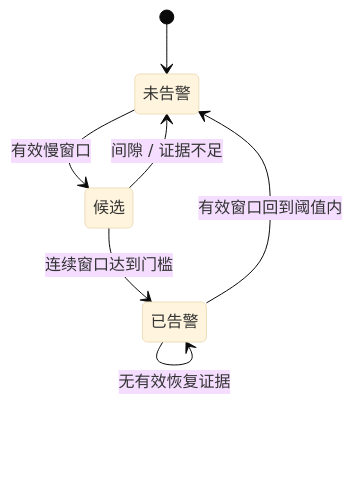
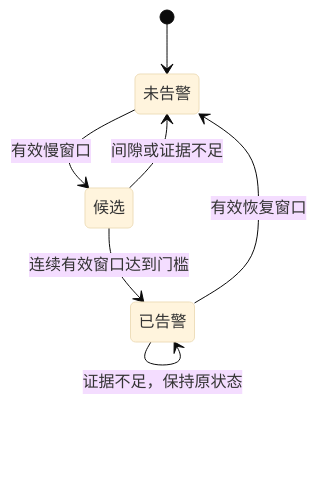
One commit to shanyulu/Relax changed the second of 2 diagrams in review/task11-publication-20260930/ISSUE357_GITHUB_BODY_FINAL.md. Above: the diagram before and after it, drawn with Mermaid (base theme). The commit also changed other lines of this file and 4 other files, not shown here.

````diff
--- a/review/task11-publication-20260930/ISSUE357_GITHUB_BODY_FINAL.md
+++ b/review/task11-publication-20260930/ISSUE357_GITHUB_BODY_FINAL.md
@@ -48,9 +40,9 @@
 ```mermaid
 stateDiagram-v2
   [*] --> 未告警
   未告警 --> 候选: 有效慢窗口
-  候选 --> 已告警: 连续窗口达到门槛
-  候选 --> 未告警: 间隙 / 证据不足
-  已告警 --> 已告警: 无有效恢复证据
-  已告警 --> 未告警: 有效窗口回到阈值内
+  候选 --> 已告警: 连续有效窗口达到门槛
+  候选 --> 未告警: 间隙或证据不足
+  已告警 --> 已告警: 证据不足，保持原状态
+  已告警 --> 未告警: 有效恢复窗口
 ```
````
